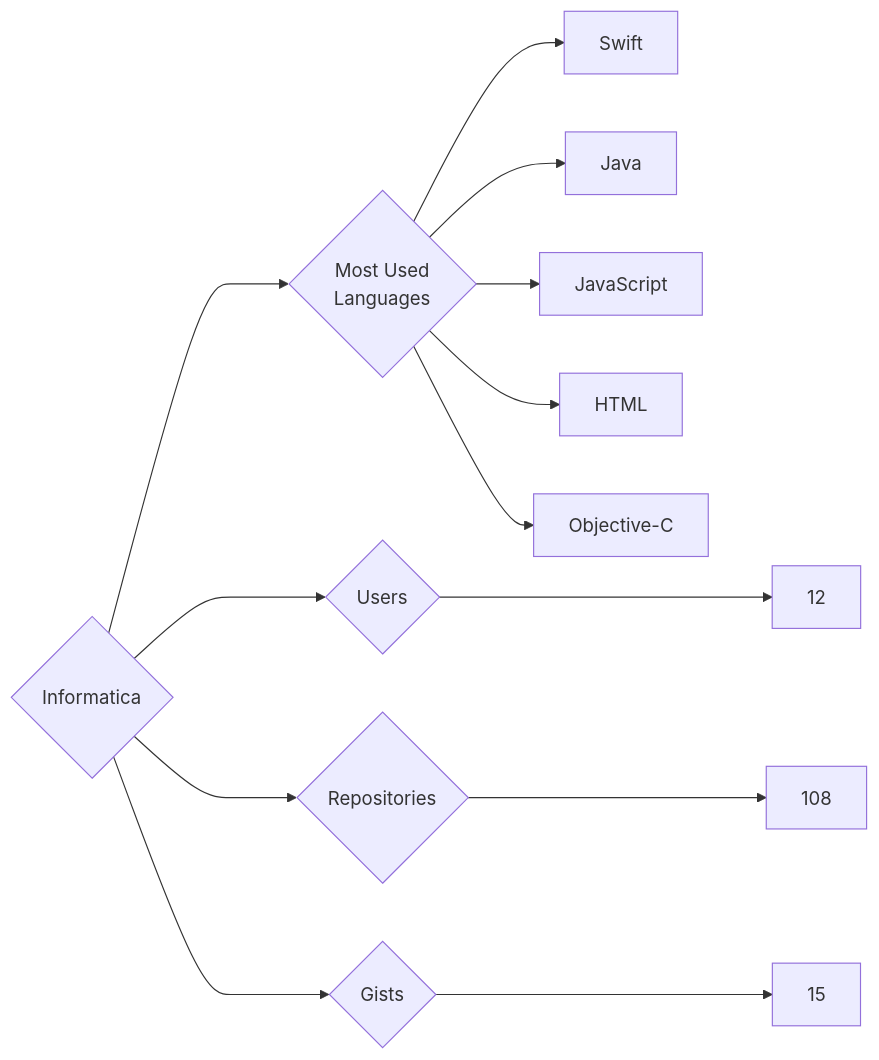
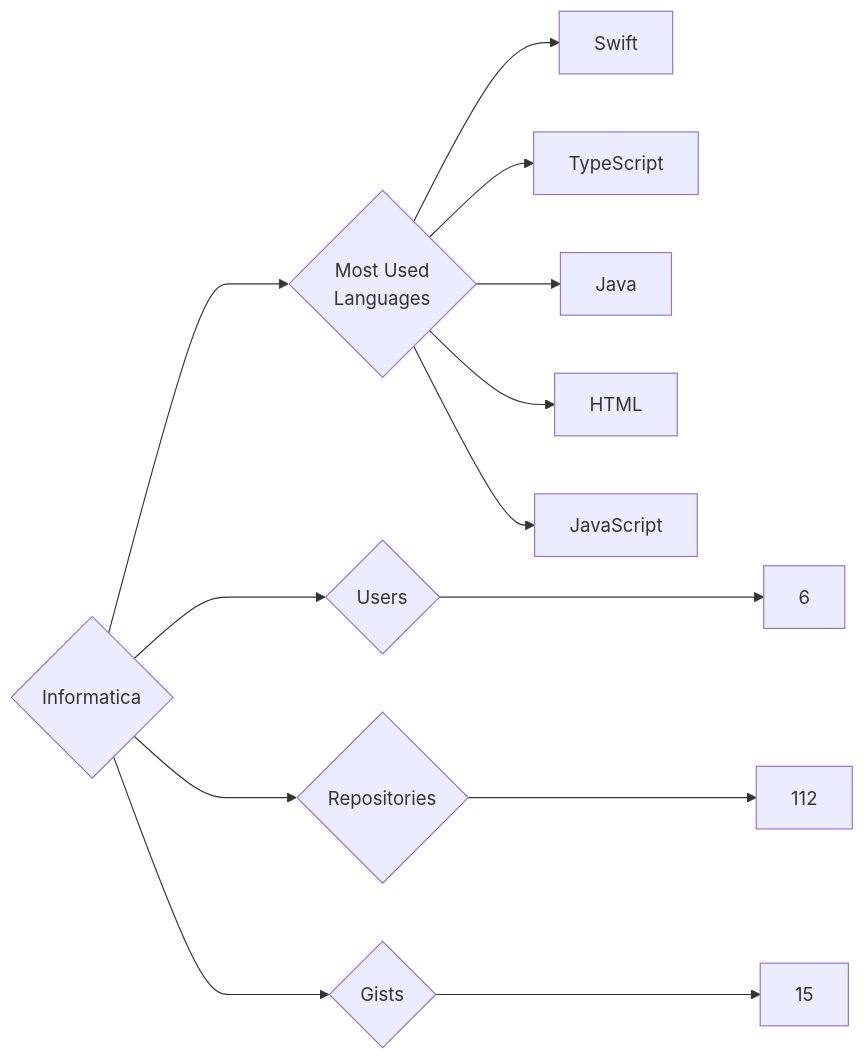
The diagram in targets/Informatica/README.md (trickest/insiders), drawn with Mermaid before and after one commit. The commit also changed 1088 other files, not shown here.

````diff
--- a/targets/Informatica/README.md
+++ b/targets/Informatica/README.md
@@ -3,13 +3,13 @@
 ```mermaid
 graph LR
 COMPANY_NAME{Informatica}
-COMPANY_NAME ---> U{Users} ---> UN[12]
-COMPANY_NAME ---> R{Repositories} ---> RN[108]
+COMPANY_NAME ---> U{Users} ---> UN[6]
+COMPANY_NAME ---> R{Repositories} ---> RN[112]
 COMPANY_NAME ---> G{Gists} ---> GN[15]
 COMPANY_NAME ---> ML{Most Used<br>Languages}
 ML --> Swift[Swift]
+ML --> TypeScript[TypeScript]
 ML --> Java[Java]
+ML --> HTML[HTML]
 ML --> JavaScript[JavaScript]
-ML --> HTML[HTML]
-ML --> Objective-C[Objective-C]
 ```
````
